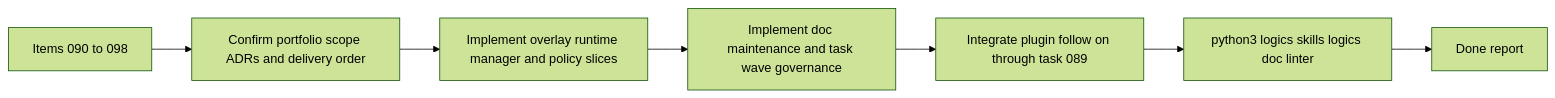
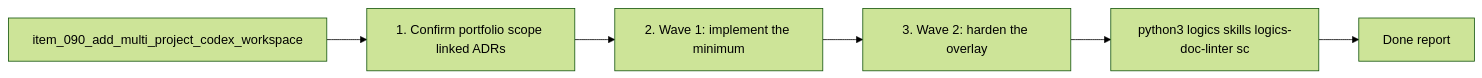
The diagram in logics/tasks/task_088_orchestration_delivery_for_req_067_to_req_075_codex_overlays_and_workflow_maintenance.md (AlexAgo83/logics-manager), drawn with Mermaid (forest theme) before and after one commit. The commit also changed other lines of this file and 481 other files, not shown here.

````diff
--- a/logics/tasks/task_088_orchestration_delivery_for_req_067_to_req_075_codex_overlays_and_workflow_maintenance.md
+++ b/logics/tasks/task_088_orchestration_delivery_for_req_067_to_req_075_codex_overlays_and_workflow_maintenance.md
@@ -44,11 +44,10 @@
 ```mermaid
 %% logics-kind: task
 %% logics-signature: task|orchestration-delivery-for-req-067-to-re|item-090-add-multi-project-codex-workspa|1-confirm-portfolio-scope-linked-adrs|python3-logics-skills-logics-doc-linter-
 flowchart LR
-    Backlog[Items 090 to 098] --> Step1[Confirm portfolio scope ADRs and delivery order]
-    Step1 --> Step2[Implement overlay runtime manager and policy slices]
-    Step2 --> Step3[Implement doc maintenance and task wave governance]
-    Step3 --> Step4[Integrate plugin follow on through task 089]
-    Step4 --> Validation[python3 logics skills logics doc linter]
+    Backlog[item_090_add_multi_project_codex_workspace] --> Step1[1. Confirm portfolio scope linked ADRs]
+    Step1 --> Step2[2. Wave 1: implement the minimum]
+    Step2 --> Step3[3. Wave 2: harden the overlay]
+    Step3 --> Validation[python3 logics skills logics-doc-linter sc]
     Validation --> Report[Done report]
 ```
````
